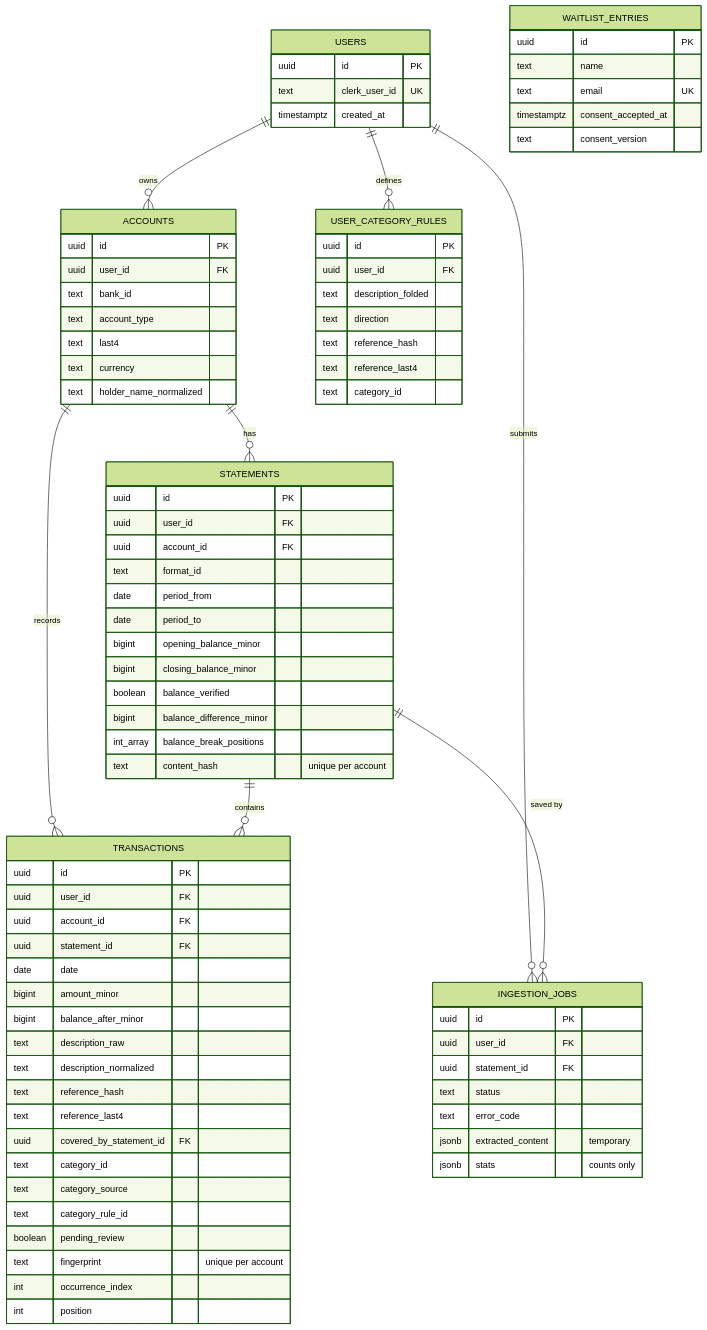
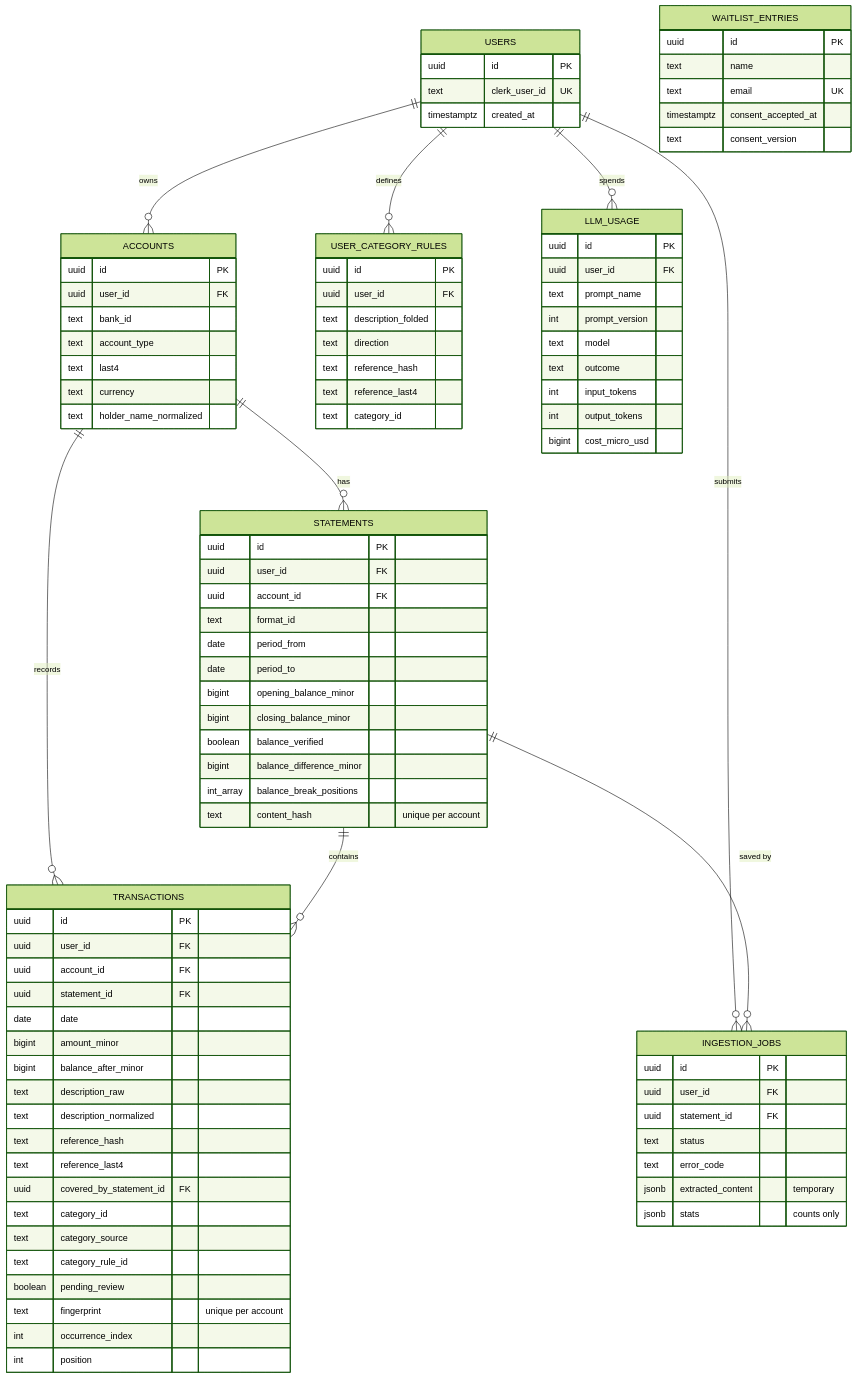
The third of 7 diagrams in docs/ARCHITECTURE.md (ingcarlostello/xtrakto), drawn with Mermaid (forest theme) before and after one commit. The commit also changed other lines of this file and 14 other files, not shown here.

Commit message:
feat(web): LLM usage and cost limits

```diff
--- a/docs/ARCHITECTURE.md
+++ b/docs/ARCHITECTURE.md
@@ -175,6 +175,7 @@
     USERS ||--o{ ACCOUNTS : owns
     USERS ||--o{ INGESTION_JOBS : submits
     USERS ||--o{ USER_CATEGORY_RULES : defines
+    USERS ||--o{ LLM_USAGE : spends
     ACCOUNTS ||--o{ STATEMENTS : has
     ACCOUNTS ||--o{ TRANSACTIONS : records
     STATEMENTS ||--o{ TRANSACTIONS : contains
@@ -246,6 +247,17 @@
         text reference_last4
         text category_id
     }
+    LLM_USAGE {
+        uuid id PK
+        uuid user_id FK
+        text prompt_name
+        int prompt_version
+        text model
+        text outcome
+        int input_tokens
+        int output_tokens
+        bigint cost_micro_usd
+    }
     WAITLIST_ENTRIES {
         uuid id PK
         text name
```
